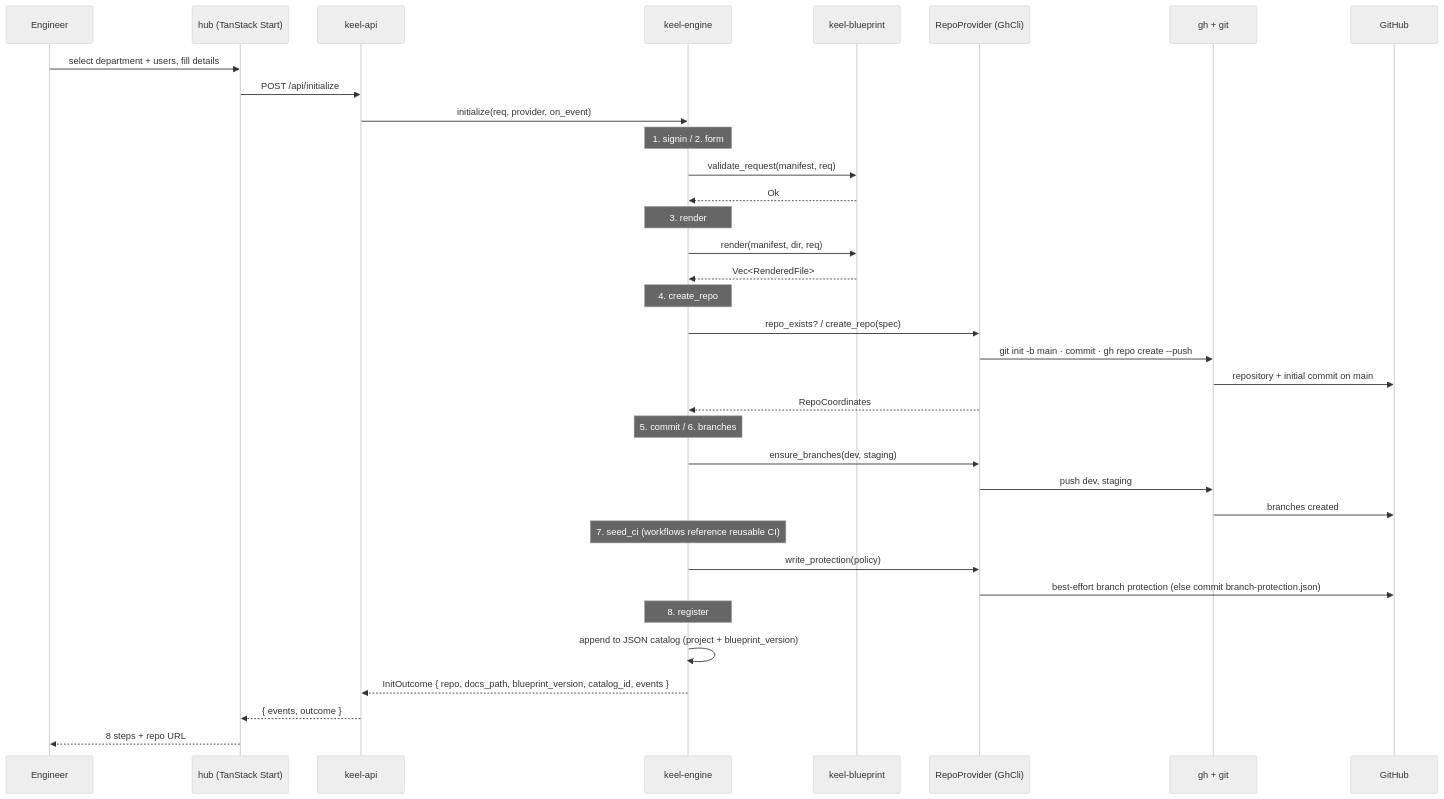
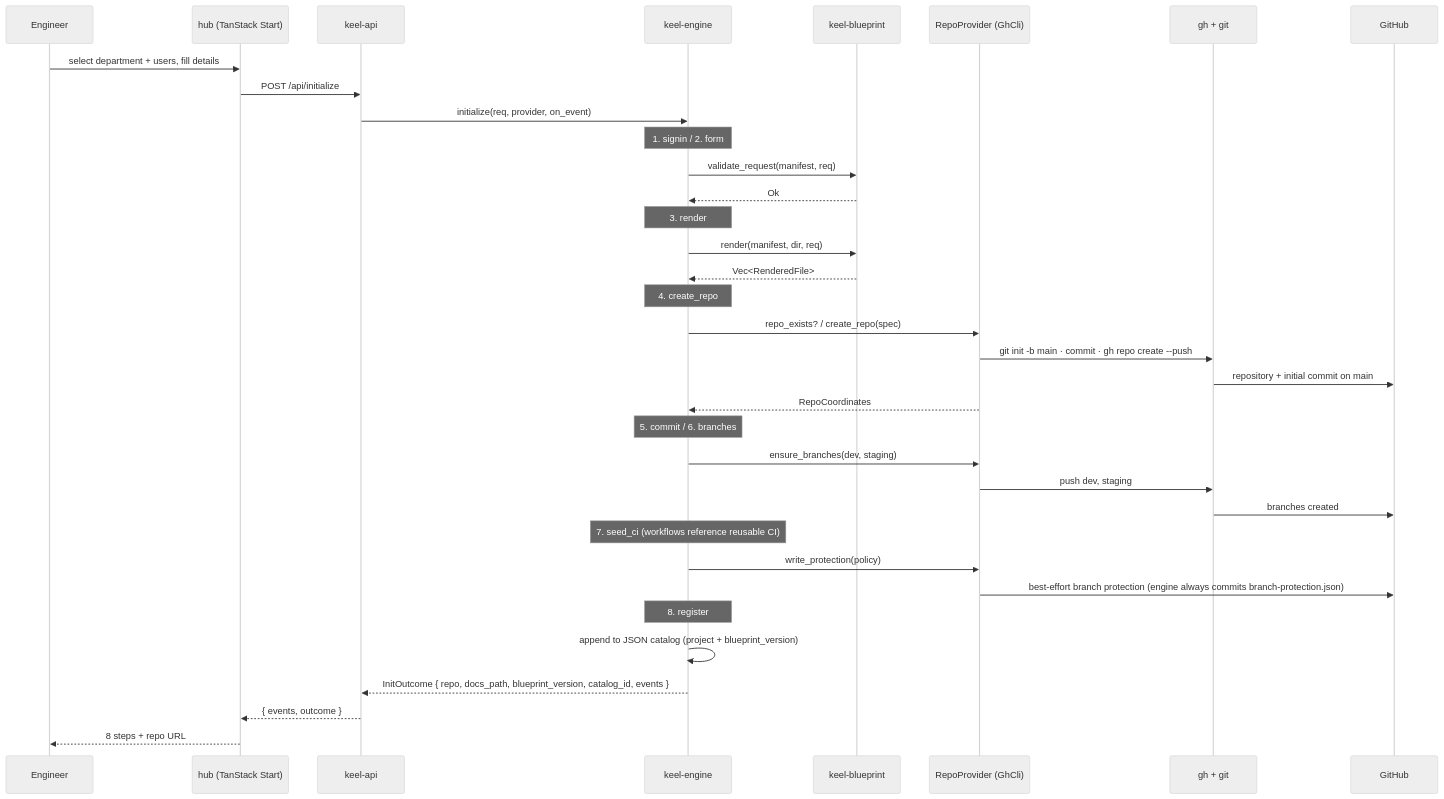
Before and after one commit to Alex793x/ramboll-keel-idp: the second of 2 diagrams in architecture.md, drawn with Mermaid (neutral theme). The commit also changed other lines of this file and 18 other files, not shown here.

````diff
--- a/architecture.md
+++ b/architecture.md
@@ -87,44 +87,44 @@
 ```mermaid
 sequenceDiagram
   participant U as Engineer
   participant Hub as hub (TanStack Start)
   participant API as keel-api
   participant Eng as keel-engine
   participant BP as keel-blueprint
   participant RP as RepoProvider (GhCli)
   participant GH as gh + git
   participant Git as GitHub
 
   U->>Hub: select department + users, fill details
   Hub->>API: POST /api/initialize
   API->>Eng: initialize(req, provider, on_event)
 
   Note over Eng: 1. signin / 2. form
   Eng->>BP: validate_request(manifest, req)
   BP-->>Eng: Ok
 
   Note over Eng: 3. render
   Eng->>BP: render(manifest, dir, req)
   BP-->>Eng: Vec<RenderedFile>
 
   Note over Eng: 4. create_repo
   Eng->>RP: repo_exists? / create_repo(spec)
   RP->>GH: git init -b main · commit · gh repo create --push
   GH->>Git: repository + initial commit on main
   RP-->>Eng: RepoCoordinates
 
   Note over Eng: 5. commit / 6. branches
   Eng->>RP: ensure_branches(dev, staging)
   RP->>GH: push dev, staging
   GH->>Git: branches created
 
   Note over Eng: 7. seed_ci (workflows reference reusable CI)
   Eng->>RP: write_protection(policy)
-  RP->>Git: best-effort branch protection (else commit branch-protection.json)
+  RP->>Git: best-effort branch protection (engine always commits branch-protection.json)
 
   Note over Eng: 8. register
   Eng->>Eng: append to JSON catalog (project + blueprint_version)
   Eng-->>API: InitOutcome { repo, docs_path, blueprint_version, catalog_id, events }
   API-->>Hub: { events, outcome }
   Hub-->>U: 8 steps + repo URL
 ```
````
